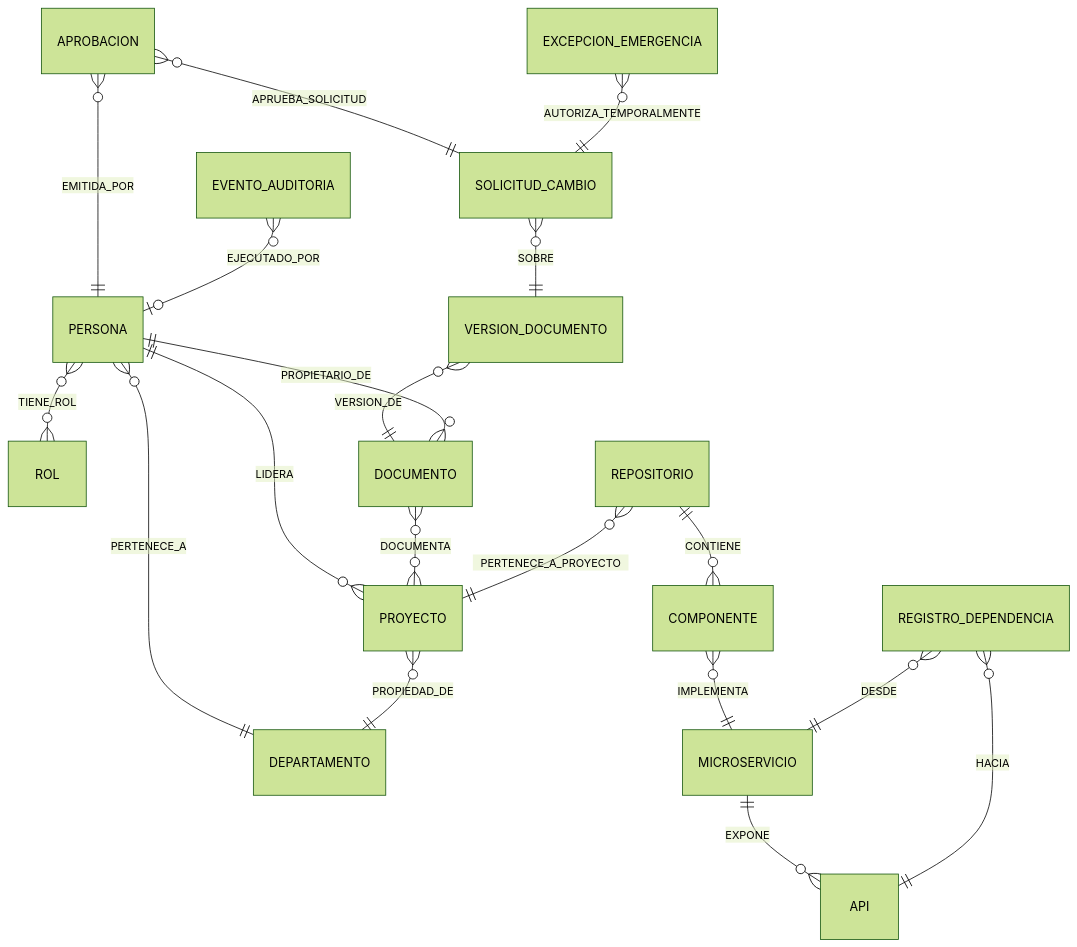
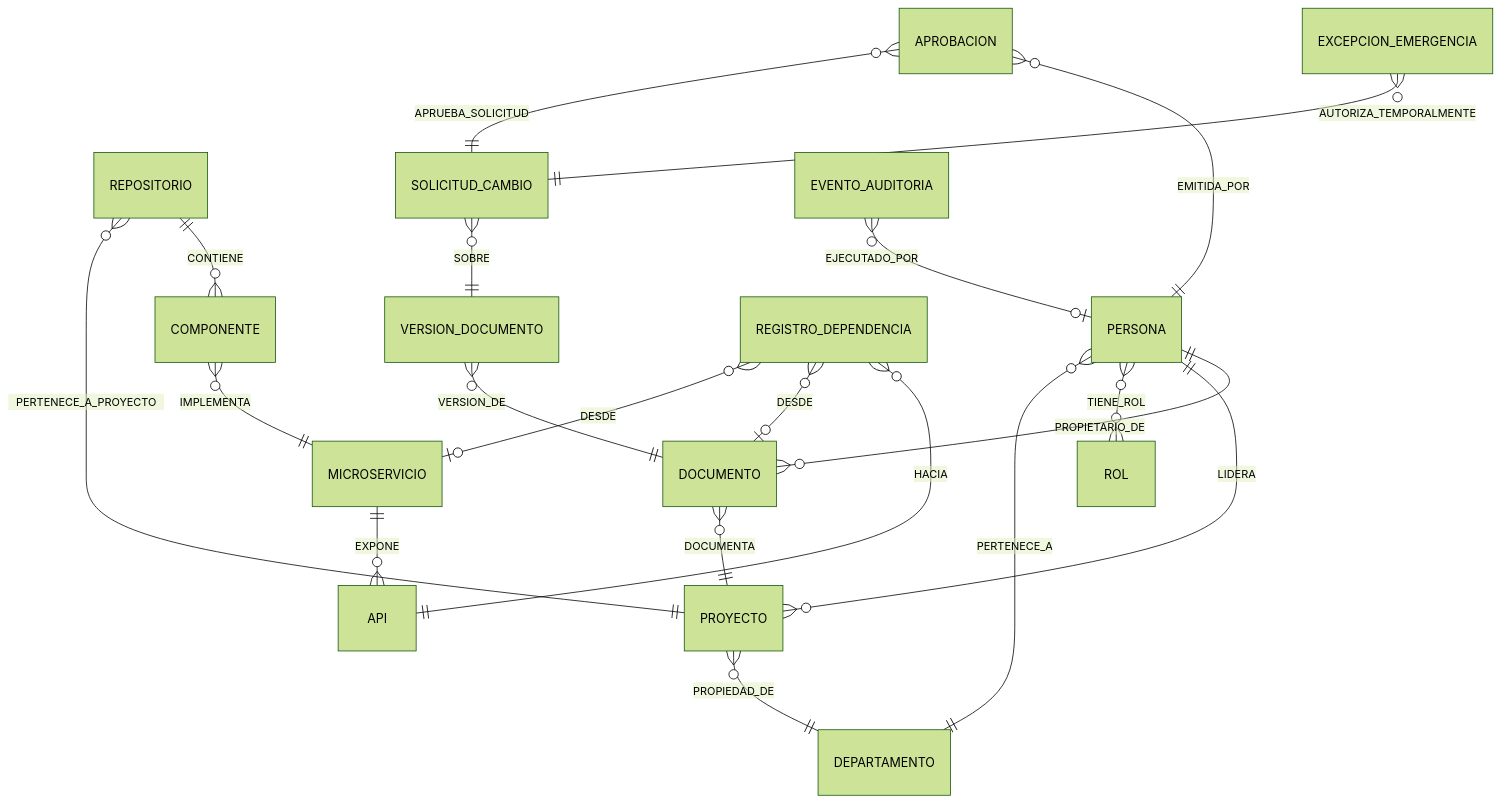
One commit to LuisNafate/NexusKM changed the diagram in NexusKM/diagramas/07_modelo_logico.mmd. Above: the diagram before and after it, drawn with Mermaid (forest theme). The commit also changed 5 other files, not shown here.

Commit message:
fix(graph): corregir vigencia aprobaciones y cardinalidades

```diff
--- a/NexusKM/diagramas/07_modelo_logico.mmd
+++ b/NexusKM/diagramas/07_modelo_logico.mmd
@@ -1,19 +1,20 @@
 erDiagram
   PERSONA }o--|| DEPARTAMENTO : PERTENECE_A
   PERSONA }o--o{ ROL : TIENE_ROL
   PERSONA ||--o{ PROYECTO : LIDERA
   PROYECTO }o--|| DEPARTAMENTO : PROPIEDAD_DE
-  DOCUMENTO }o--o{ PROYECTO : DOCUMENTA
+  DOCUMENTO }o--|| PROYECTO : DOCUMENTA
   VERSION_DOCUMENTO }o--|| DOCUMENTO : VERSION_DE
   PERSONA ||--o{ DOCUMENTO : PROPIETARIO_DE
   REPOSITORIO }o--|| PROYECTO : PERTENECE_A_PROYECTO
   REPOSITORIO ||--o{ COMPONENTE : CONTIENE
   COMPONENTE }o--|| MICROSERVICIO : IMPLEMENTA
   MICROSERVICIO ||--o{ API : EXPONE
-  REGISTRO_DEPENDENCIA }o--|| MICROSERVICIO : DESDE
+  REGISTRO_DEPENDENCIA }o--o| MICROSERVICIO : DESDE
+  REGISTRO_DEPENDENCIA }o--o| DOCUMENTO : DESDE
   REGISTRO_DEPENDENCIA }o--|| API : HACIA
   SOLICITUD_CAMBIO }o--|| VERSION_DOCUMENTO : SOBRE
   APROBACION }o--|| SOLICITUD_CAMBIO : APRUEBA_SOLICITUD
   APROBACION }o--|| PERSONA : EMITIDA_POR
   EXCEPCION_EMERGENCIA }o--|| SOLICITUD_CAMBIO : AUTORIZA_TEMPORALMENTE
   EVENTO_AUDITORIA }o--o| PERSONA : EJECUTADO_POR
```
